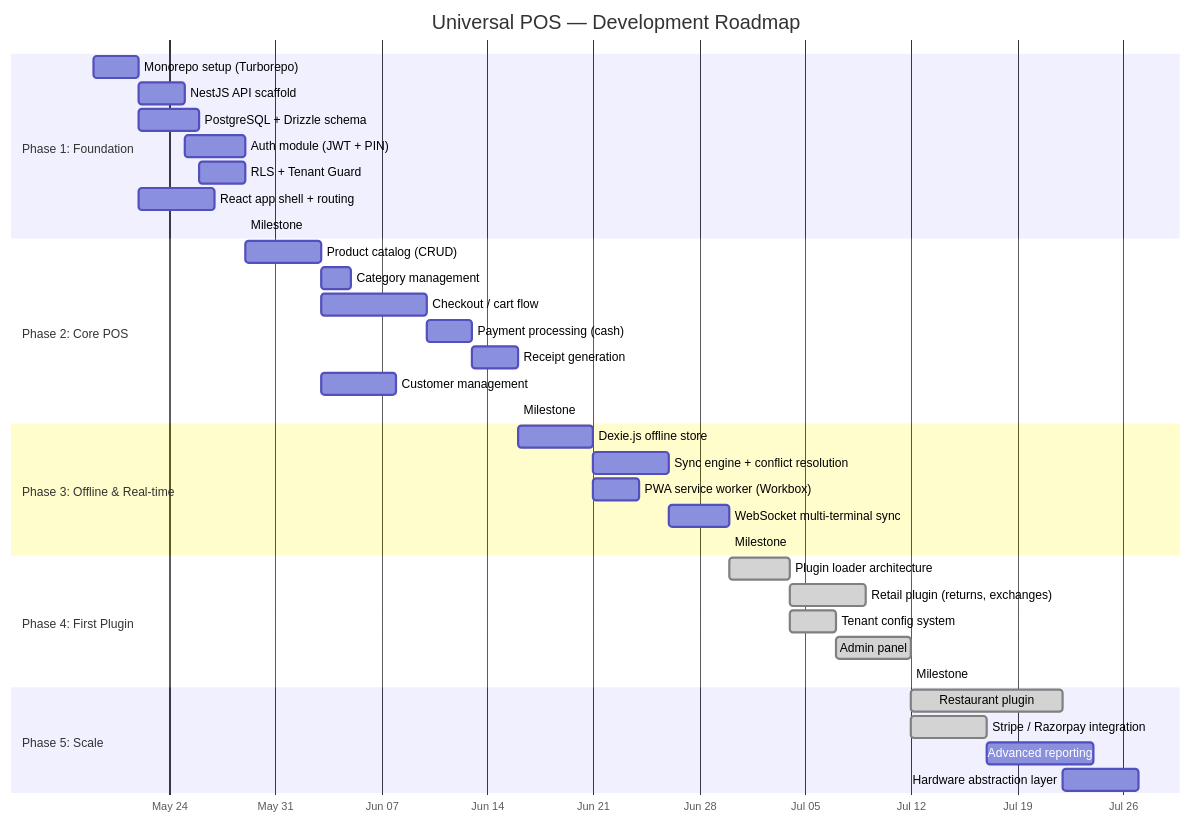
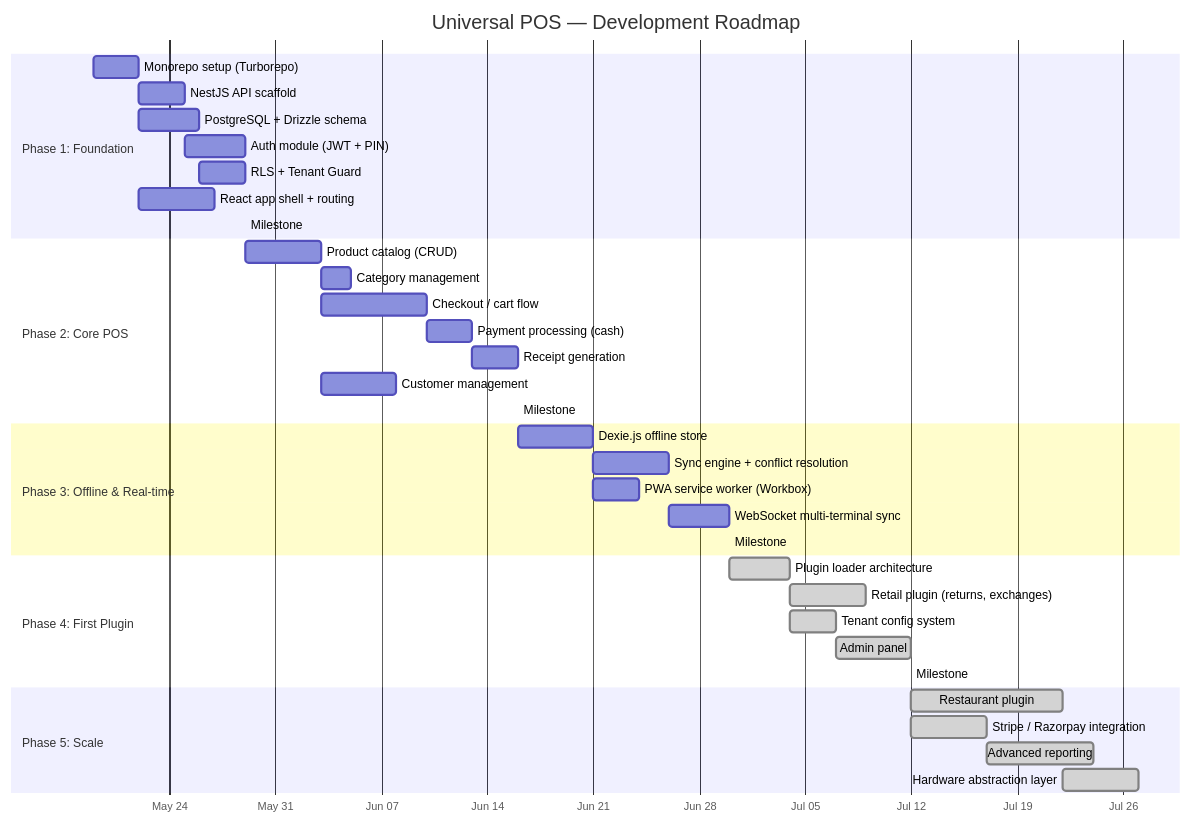
Before and after one commit to asif7774/Universal-POS: the diagram in docs/universal_pos_project_hub.md, drawn with Mermaid. The commit also changed other lines of this file and 5 other files, not shown here.

````diff
--- a/docs/universal_pos_project_hub.md
+++ b/docs/universal_pos_project_hub.md
@@ -282,44 +282,44 @@
 ```mermaid
 gantt
     title Universal POS — Development Roadmap
     dateFormat  YYYY-MM-DD
     axisFormat  %b %d
 
     section Phase 1: Foundation
     Monorepo setup (Turborepo)           :p1a, 2026-05-19, 3d
     NestJS API scaffold                  :p1b, after p1a, 3d
     PostgreSQL + Drizzle schema          :p1c, after p1a, 4d
     Auth module (JWT + PIN)              :p1d, after p1b, 4d
     RLS + Tenant Guard                   :p1e, after p1c, 3d
     React app shell + routing            :p1f, after p1a, 5d
     Milestone: Foundation Ready          :milestone, after p1e, 0d
 
     section Phase 2: Core POS
     Product catalog (CRUD)               :p2a, after p1e, 5d
     Category management                  :p2b, after p2a, 2d
     Checkout / cart flow                  :p2c, after p2a, 7d
     Payment processing (cash)            :p2d, after p2c, 3d
     Receipt generation                   :p2e, after p2d, 3d
     Customer management                  :p2f, after p2a, 5d
     Milestone: Core POS Working          :milestone, after p2e, 0d
 
     section Phase 3: Offline & Real-time
     Dexie.js offline store               :p3a, after p2e, 5d
     Sync engine + conflict resolution    :p3b, after p3a, 5d
     PWA service worker (Workbox)         :p3c, after p3a, 3d
     WebSocket multi-terminal sync        :p3d, after p3b, 4d
     Milestone: Offline-First Complete    :milestone, after p3d, 0d
 
     section Phase 4: First Plugin
     Plugin loader architecture           :done, p4a, after p3d, 4d
     Retail plugin (returns, exchanges)   :done, p4b, after p4a, 5d
     Tenant config system                 :done, p4c, after p4a, 3d
     Admin panel                          :done, p4d, after p4c, 5d
     Milestone: MVP Ready                 :milestone, after p4d, 0d
 
     section Phase 5: Scale
     Restaurant plugin                    :done, p5a, after p4d, 10d
     Stripe / Razorpay integration        :done, p5b, after p4d, 5d
-    Advanced reporting                   :p5c, after p5b, 7d
-    Hardware abstraction layer           :p5d, after p5a, 5d
+    Advanced reporting                   :done, p5c, after p5b, 7d
+    Hardware abstraction layer           :done, p5d, after p5a, 5d
 ```
````
